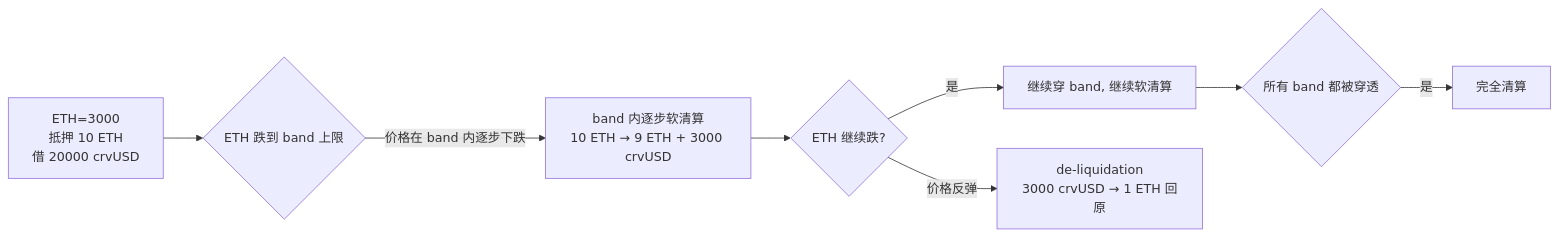
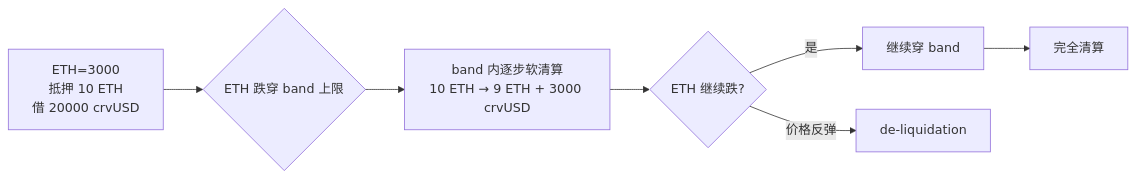
Before and after one commit to ChuwuYo/misc-files: the eighth of 20 diagrams in web3-engineer-guide/06-DeFi协议工程/README.md, drawn with Mermaid. The commit also changed other lines of this file and 211 other files, not shown here.

````diff
--- a/web3-engineer-guide/06-DeFi协议工程/README.md
+++ b/web3-engineer-guide/06-DeFi协议工程/README.md
@@ -1013,10 +801,9 @@
 ```mermaid
 flowchart LR
-    A[ETH=3000<br/>抵押 10 ETH<br/>借 20000 crvUSD] --> B{ETH 跌到 band 上限}
-    B -->|价格在 band 内逐步下跌| C[band 内逐步软清算<br/>10 ETH → 9 ETH + 3000 crvUSD]
+    A[ETH=3000<br/>抵押 10 ETH<br/>借 20000 crvUSD] --> B{ETH 跌穿 band 上限}
+    B --> C[band 内逐步软清算<br/>10 ETH → 9 ETH + 3000 crvUSD]
     C --> D{ETH 继续跌?}
-    D -->|是| E[继续穿 band, 继续软清算]
-    D -->|价格反弹| F[de-liquidation<br/>3000 crvUSD → 1 ETH 回原]
-    E --> G{所有 band 都被穿透}
-    G -->|是| H[完全清算]
+    D -->|是| E[继续穿 band]
+    D -->|价格反弹| F[de-liquidation]
+    E --> G[完全清算]
 ```
````
